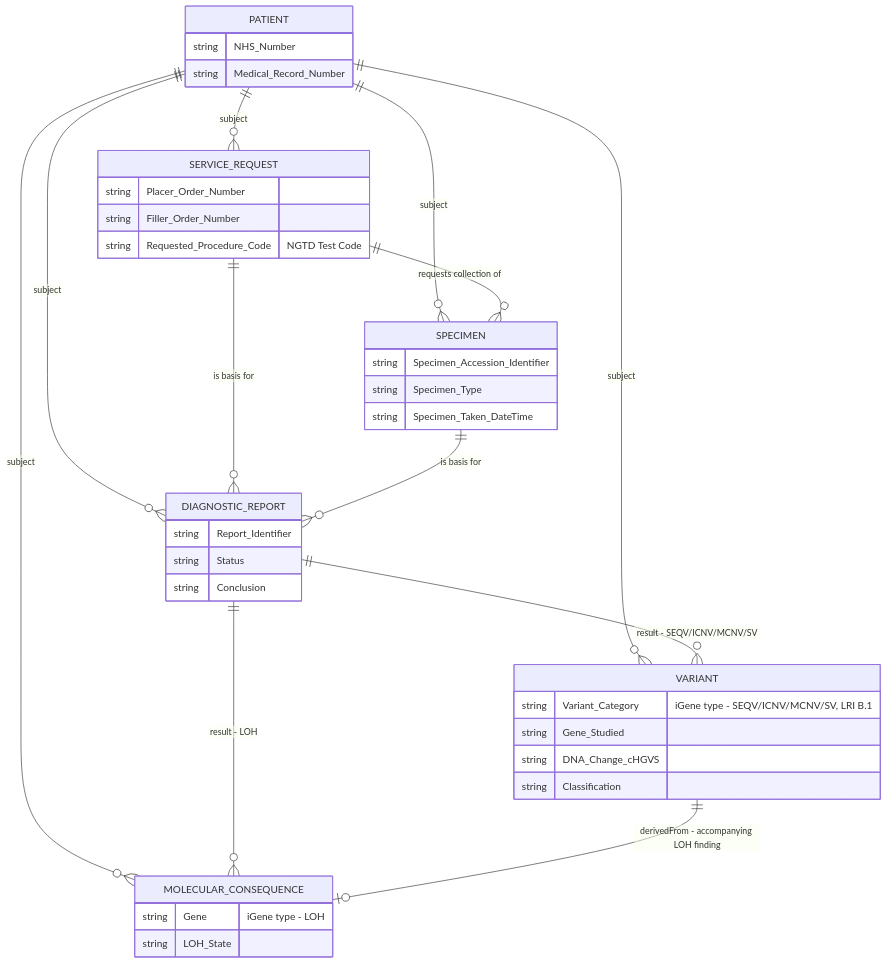
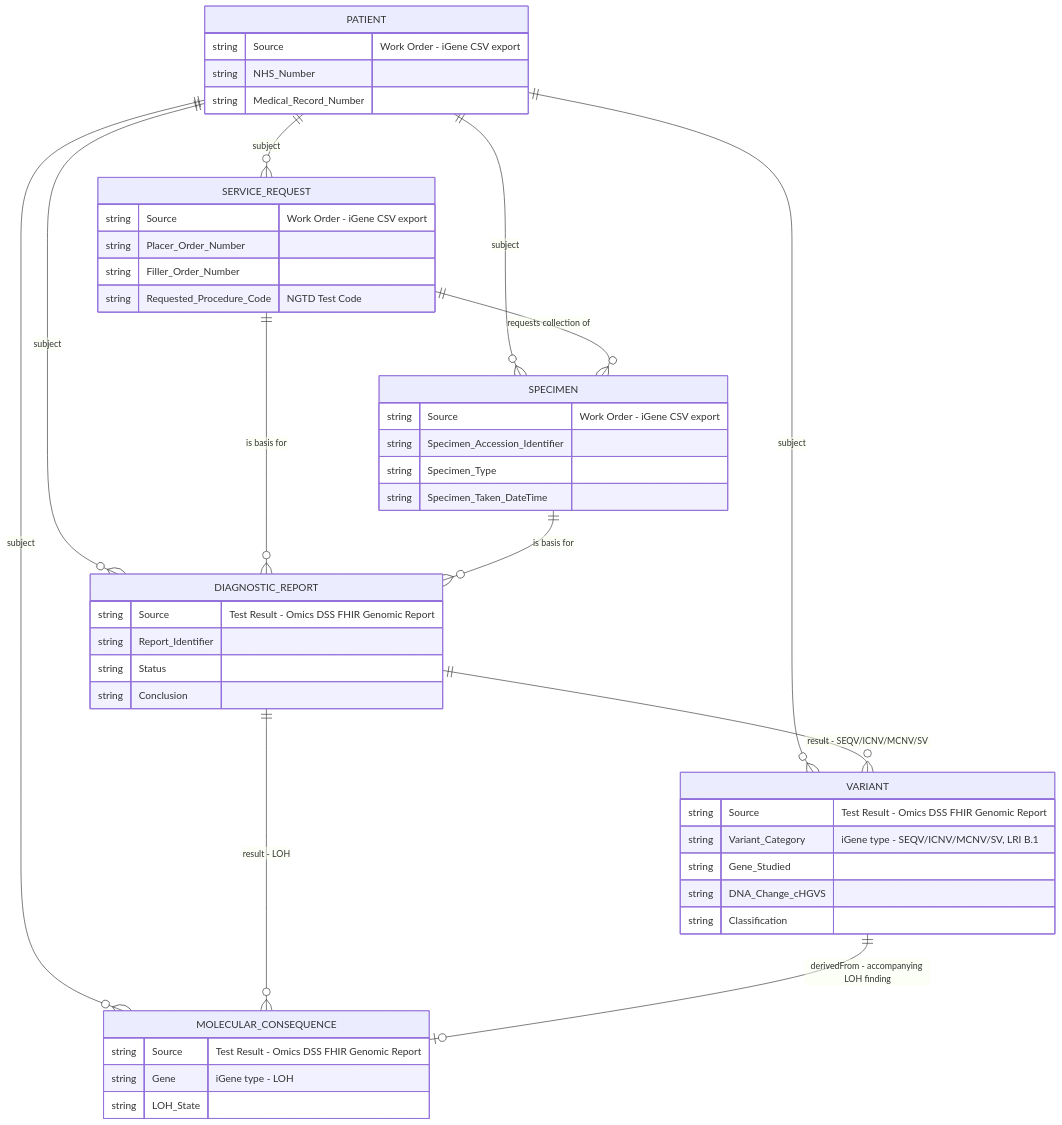
One commit to nw-gmsa/nw-gmsa.github.com changed the fourth of 4 diagrams in input/pagecontent/reportable-variants.md. Above: the diagram before and after it, drawn with Mermaid. The commit also changed other lines of this file, not shown here.

Commit message:
Tag each erDiagram entity with which feed populates it
Patient/ServiceRequest/Specimen arrive in the Work Order CSV export from
iGene; DiagnosticReport/Variant/Molecular Consequence are added later by
the Test Result once Omics DSS converts DLIMS output into a FHIR Genomic
Report matched back to that work order. Added as a Source attribute on
each entity so it's visible in the diagram itself, not just prose.

Claude-Session: https://claude.ai/code/session_01HrKffi9wcZgtGxsrNfERaB

````diff
--- a/input/pagecontent/reportable-variants.md
+++ b/input/pagecontent/reportable-variants.md
@@ -150,44 +156,50 @@
 ```mermaid
 erDiagram
     PATIENT ||--o{ SERVICE_REQUEST : "subject"
     PATIENT ||--o{ SPECIMEN : "subject"
     PATIENT ||--o{ DIAGNOSTIC_REPORT : "subject"
     PATIENT ||--o{ VARIANT : "subject"
     PATIENT ||--o{ MOLECULAR_CONSEQUENCE : "subject"
     SERVICE_REQUEST ||--o{ SPECIMEN : "requests collection of"
     SERVICE_REQUEST ||--o{ DIAGNOSTIC_REPORT : "is basis for"
     SPECIMEN ||--o{ DIAGNOSTIC_REPORT : "is basis for"
     DIAGNOSTIC_REPORT ||--o{ VARIANT : "result - SEQV/ICNV/MCNV/SV"
     DIAGNOSTIC_REPORT ||--o{ MOLECULAR_CONSEQUENCE : "result - LOH"
     VARIANT ||--o| MOLECULAR_CONSEQUENCE : "derivedFrom - accompanying LOH finding"
 
     PATIENT {
+        string Source "Work Order - iGene CSV export"
         string NHS_Number
         string Medical_Record_Number
     }
     SERVICE_REQUEST {
+        string Source "Work Order - iGene CSV export"
         string Placer_Order_Number
         string Filler_Order_Number
         string Requested_Procedure_Code "NGTD Test Code"
     }
     SPECIMEN {
+        string Source "Work Order - iGene CSV export"
         string Specimen_Accession_Identifier
         string Specimen_Type
         string Specimen_Taken_DateTime
     }
     DIAGNOSTIC_REPORT {
+        string Source "Test Result - Omics DSS FHIR Genomic Report"
         string Report_Identifier
         string Status
         string Conclusion
     }
     VARIANT {
+        string Source "Test Result - Omics DSS FHIR Genomic Report"
         string Variant_Category "iGene type - SEQV/ICNV/MCNV/SV, LRI B.1"
         string Gene_Studied
         string DNA_Change_cHGVS
         string Classification
     }
     MOLECULAR_CONSEQUENCE {
+        string Source "Test Result - Omics DSS FHIR Genomic Report"
         string Gene "iGene type - LOH"
         string LOH_State
     }
 ```
````
